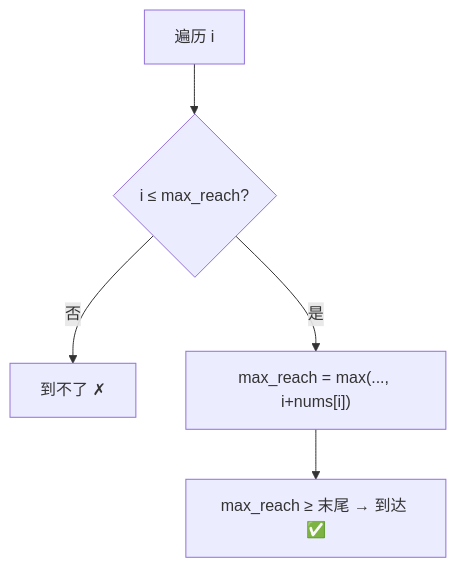
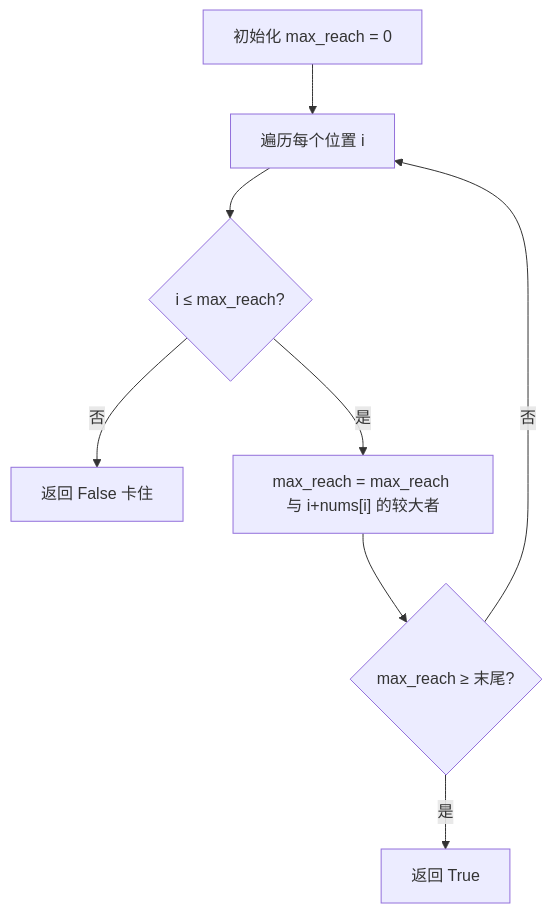
One commit to OctalZero/hot100-py changed the first of 2 diagrams in 15-贪心/0055-跳跃游戏.md. Above: the diagram before and after it, drawn with Mermaid. The commit also changed other lines of this file and 117 other files, not shown here.

First line of the commit message:
feat: 全题解配图升级为「动画式 mermaid」（总览骨架 + 横向时间线逐步推演）

````diff
--- a/15-贪心/0055-跳跃游戏.md
+++ b/15-贪心/0055-跳跃游戏.md
@@ -19,7 +19,10 @@
 ```mermaid
 flowchart TD
-    A["遍历 i"] --> B{"i ≤ max_reach?"}
-    B -- "否" --> C["到不了 ✗"]
-    B -- "是" --> D["max_reach = max(..., i+nums[i])"]
-    D --> E["max_reach ≥ 末尾 → 到达 ✅"]
+    A["初始化 max_reach = 0"] --> B["遍历每个位置 i"]
+    B --> C{"i ≤ max_reach?"}
+    C -->|"否"| D["返回 False 卡住"]
+    C -->|"是"| E["max_reach = max_reach 与 i+nums[i] 的较大者"]
+    E --> F{"max_reach ≥ 末尾?"}
+    F -->|"是"| G["返回 True"]
+    F -->|"否"| B
 ```
````
